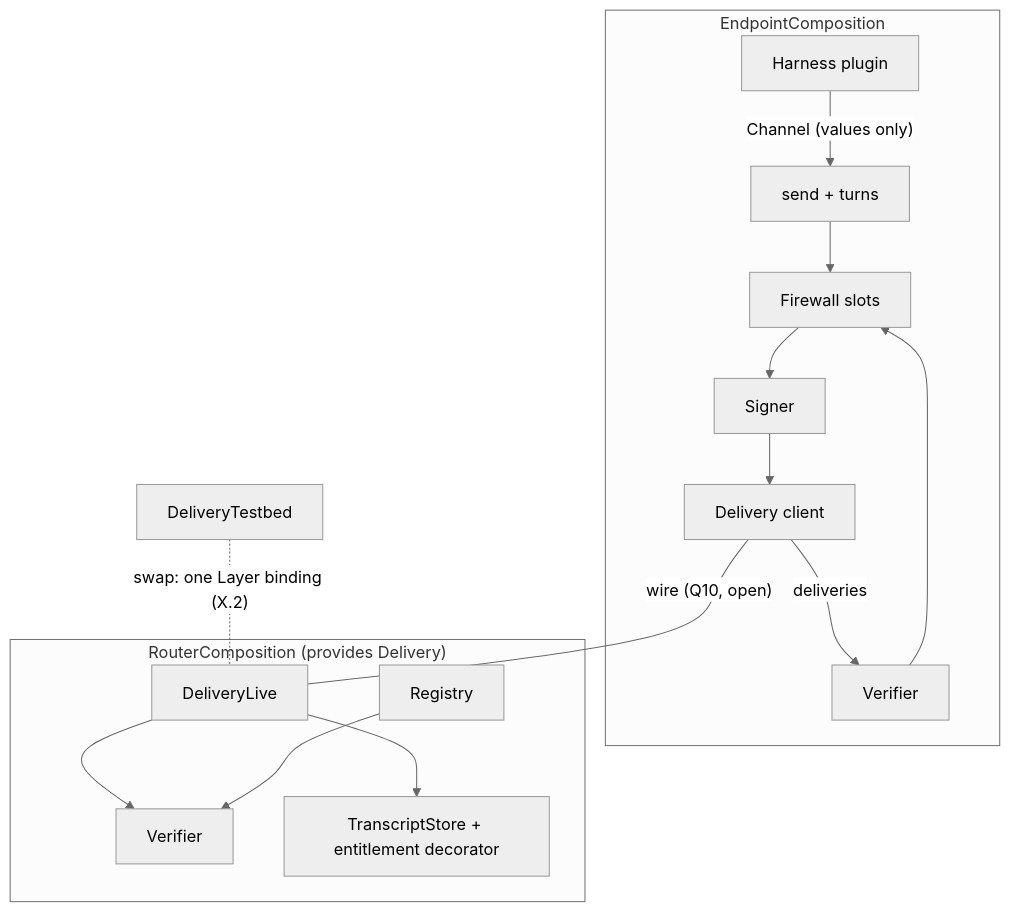
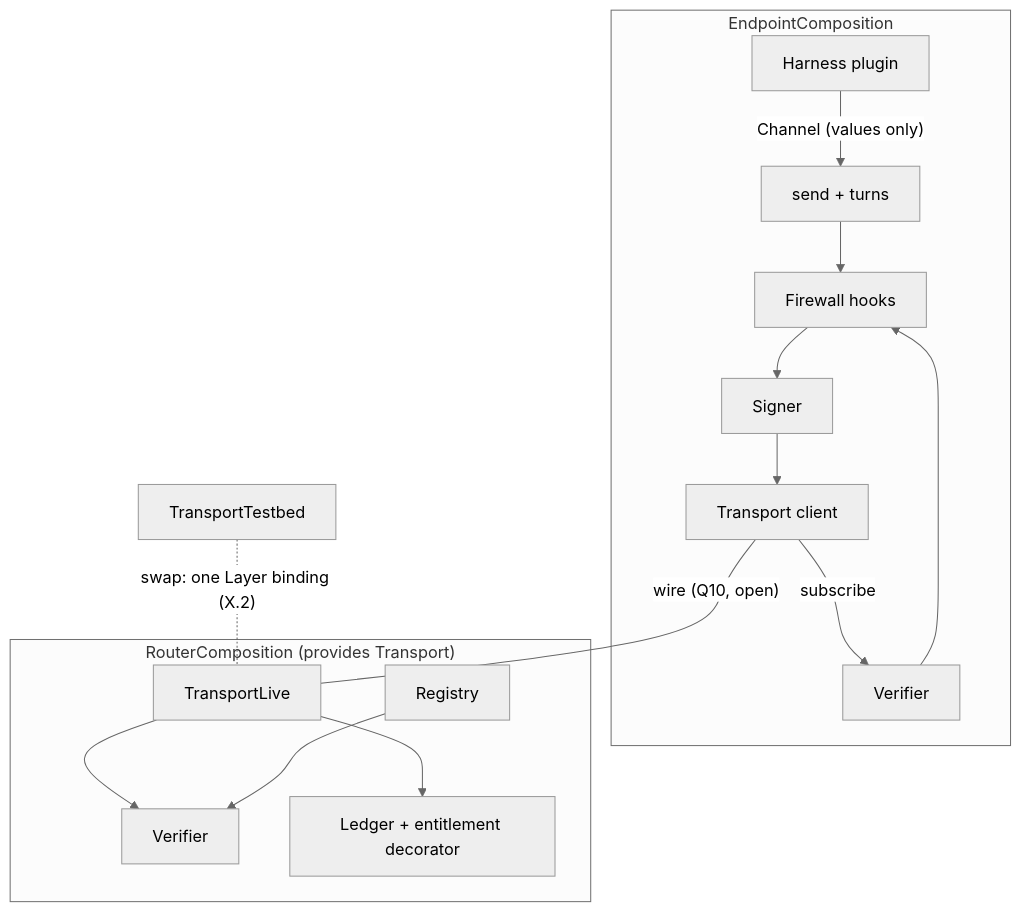
One commit to chughtapan/moltzap changed the third of 3 diagrams in docs/spec/layer-interfaces.md. Above: the diagram before and after it, drawn with Mermaid (neutral theme). The commit also changed other lines of this file, not shown here.

First line of the commit message:
docs(v2-spec): layer-interfaces re-derived in infra vernacular

````diff
--- a/docs/spec/layer-interfaces.md
+++ b/docs/spec/layer-interfaces.md
@@ -372,16 +415,16 @@
 ```mermaid
 flowchart TB
   subgraph Endpoint["EndpointComposition"]
     HP[Harness plugin] -- "Channel (values only)" --> CH[send + turns]
-    CH --> SCR[Firewall slots] --> SG[Signer]
-    SG --> DC[Delivery client]
-    DC -- deliveries --> VF1[Verifier] --> SCR
+    CH --> FH[Firewall hooks] --> SG[Signer]
+    SG --> TC[Transport client]
+    TC -- subscribe --> VF1[Verifier] --> FH
   end
-  subgraph Router["RouterComposition (provides Delivery)"]
-    DL[DeliveryLive] --> VF2[Verifier]
-    DL --> ST[TranscriptStore + entitlement decorator]
+  subgraph Router["RouterComposition (provides Transport)"]
+    TL[TransportLive] --> VF2[Verifier]
+    TL --> LG[Ledger + entitlement decorator]
     RG[Registry] --> VF2
   end
-  TB[DeliveryTestbed] -. "swap: one Layer binding (X.2)" .- DL
-  DC -- "wire (Q10, open)" --- DL
+  TB[TransportTestbed] -. "swap: one Layer binding (X.2)" .- TL
+  TC -- "wire (Q10, open)" --- TL
 ```
````
